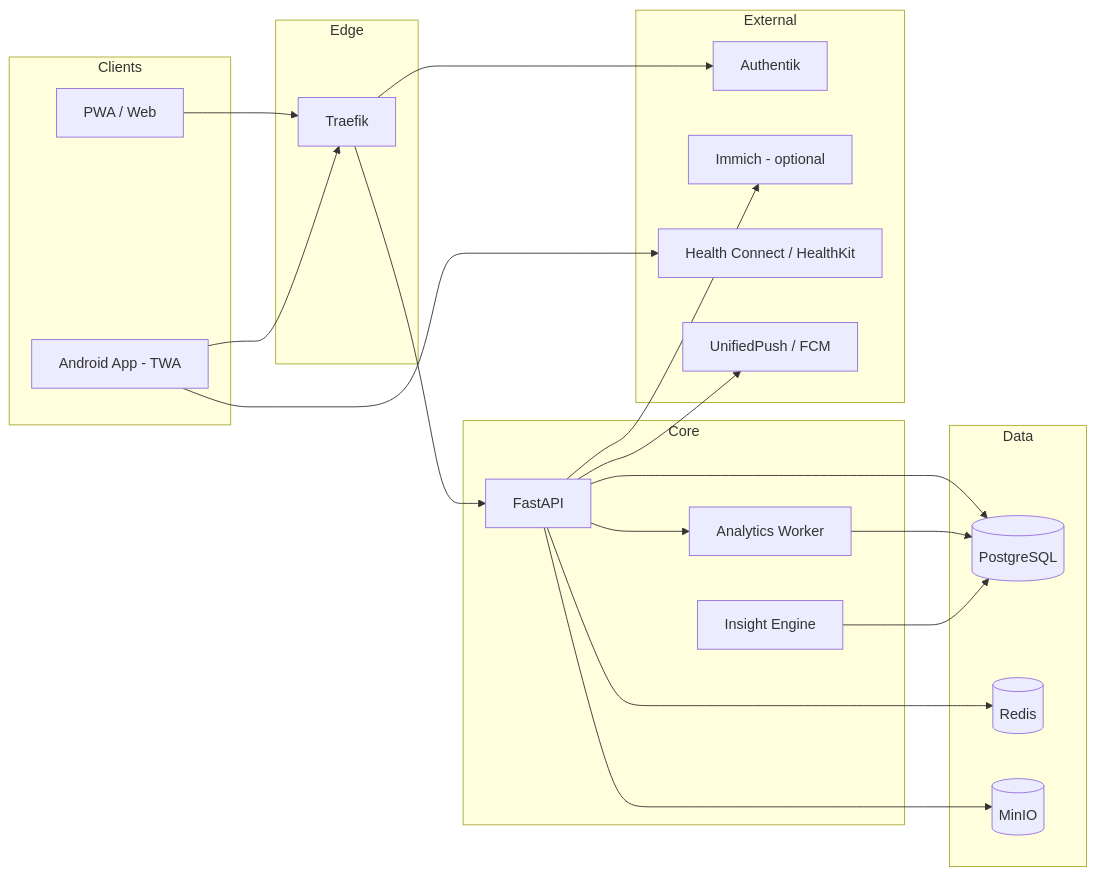
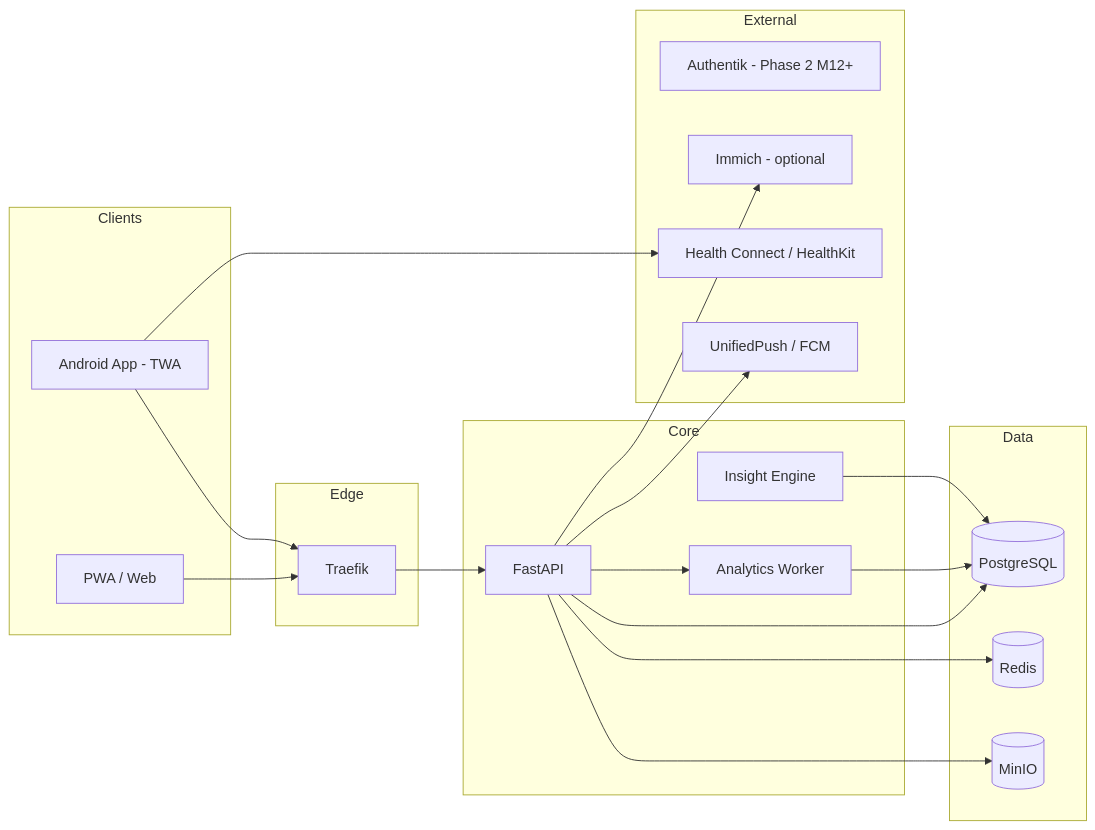
One commit to Sturmi77/correlcore changed the first of 2 diagrams in docs/DESIGN_DOCUMENT.md. Above: the diagram before and after it, drawn with Mermaid. The commit also changed other lines of this file, not shown here.

````diff
--- a/docs/DESIGN_DOCUMENT.md
+++ b/docs/DESIGN_DOCUMENT.md
@@ -308,39 +308,38 @@
 ```mermaid
 flowchart LR
   subgraph Clients
     PWA[PWA / Web]
     AND[Android App - TWA]
   end
   subgraph Edge
     TRAEFIK[Traefik]
   end
   subgraph Core
     API[FastAPI]
     WRK[Analytics Worker]
     INS[Insight Engine]
   end
   subgraph Data
     PG[(PostgreSQL)]
     RED[(Redis)]
     MIN[(MinIO)]
   end
   subgraph External
-    AUTH[Authentik]
+    AUTH[Authentik - Phase 2 M12+]
     IMM[Immich - optional]
     HC[Health Connect / HealthKit]
     NTFY[UnifiedPush / FCM]
   end
   PWA-->TRAEFIK
   AND-->TRAEFIK
   TRAEFIK-->API
-  TRAEFIK-->AUTH
   API-->PG
   API-->RED
   API-->MIN
   WRK-->PG
   INS-->PG
   API-->WRK
   AND-->HC
   API-->IMM
   API-->NTFY
 ```
````
